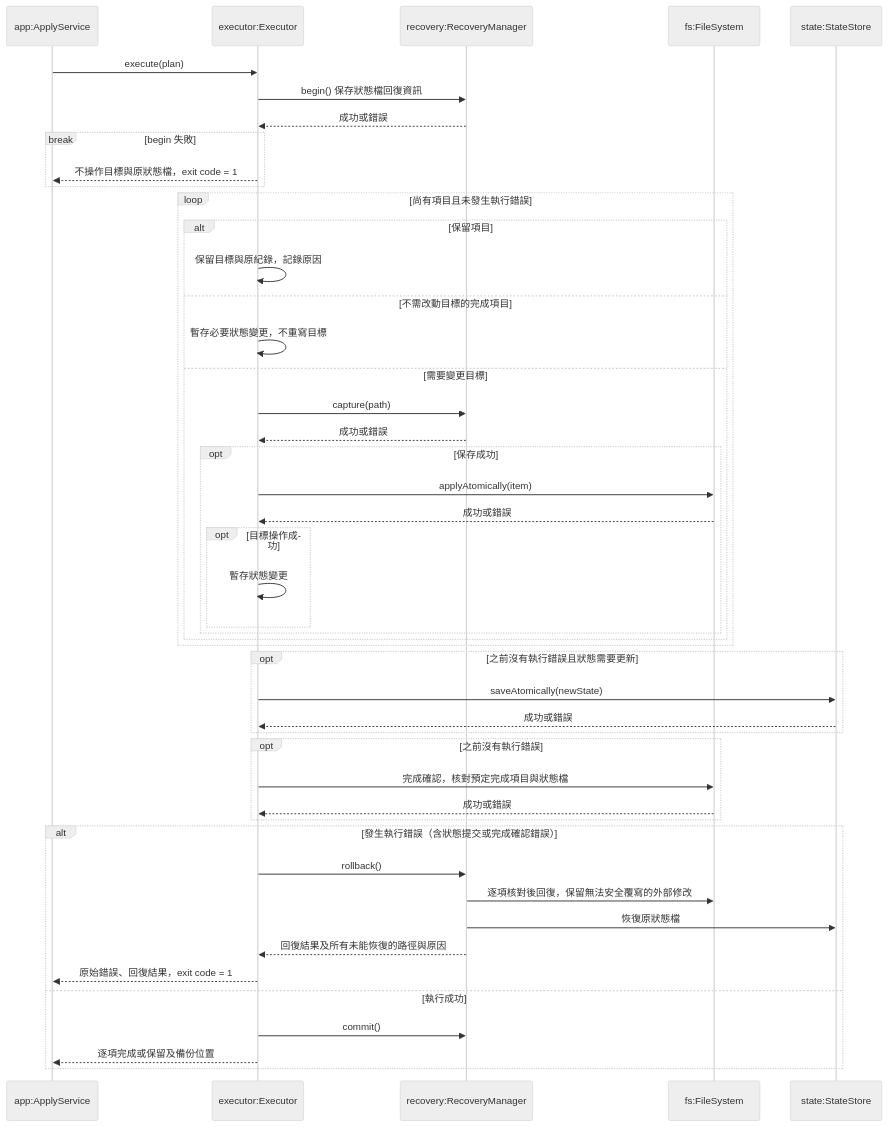
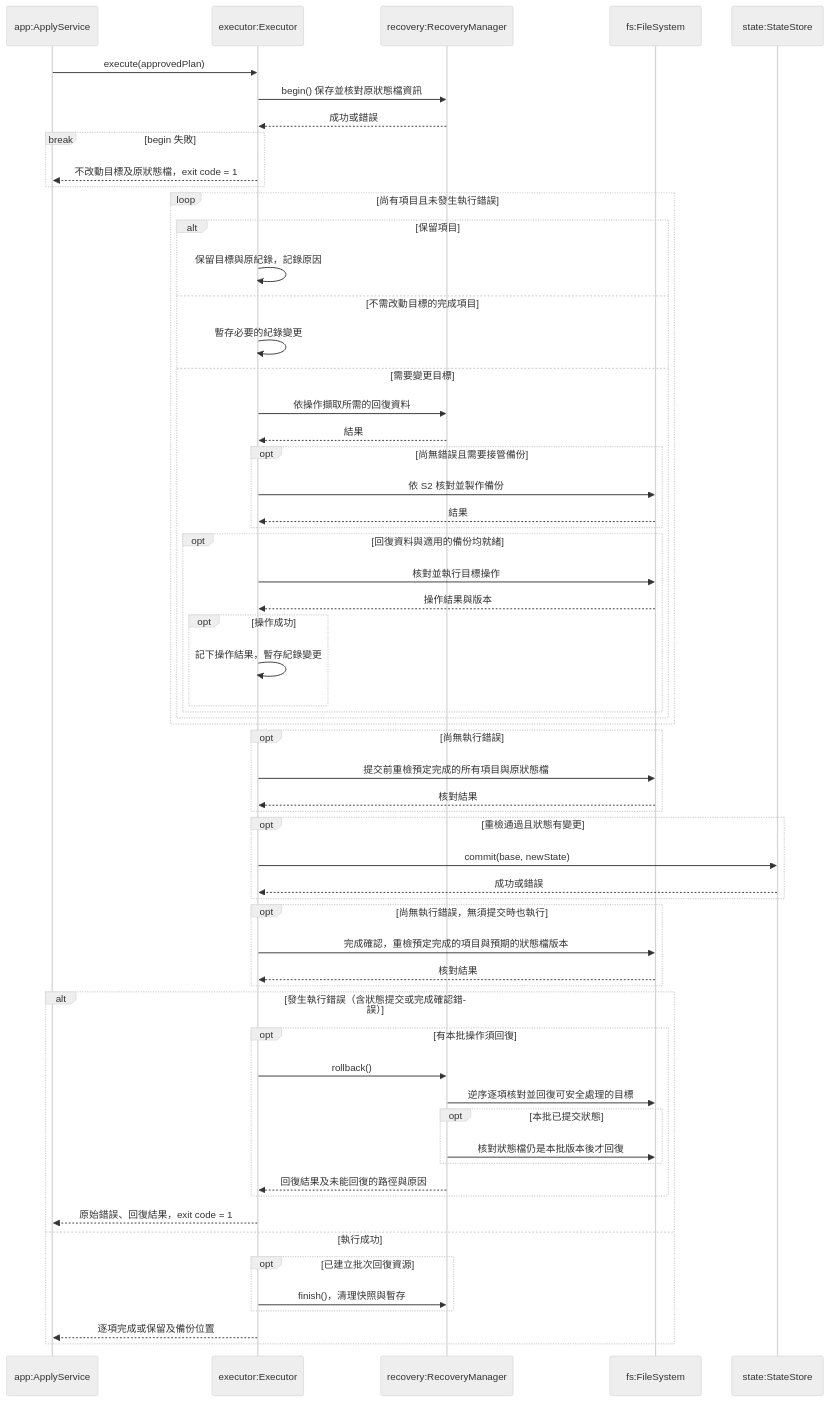
One commit to accidental-two-timer-sam-woof/rosamta-waterfall changed the ninth of 10 diagrams in docs/03-preliminary-design/uml.md. Above: the diagram before and after it, drawn with Mermaid (neutral theme). The commit also changed other lines of this file and 11 other files, not shown here.

````diff
--- a/docs/03-preliminary-design/uml.md
+++ b/docs/03-preliminary-design/uml.md
@@ -594,49 +630,63 @@
 ```mermaid
 sequenceDiagram
     participant A as app:ApplyService
     participant E as executor:Executor
     participant R as recovery:RecoveryManager
     participant F as fs:FileSystem
     participant S as state:StateStore
-    A->>E: execute(plan)
-    E->>R: begin() 保存狀態檔回復資訊
+    A->>E: execute(approvedPlan)
+    E->>R: begin() 保存並核對原狀態檔資訊
     R-->>E: 成功或錯誤
     break begin 失敗
-        E-->>A: 不操作目標與原狀態檔，exit code = 1
+        E-->>A: 不改動目標及原狀態檔，exit code = 1
     end
     loop 尚有項目且未發生執行錯誤
         alt 保留項目
             E->>E: 保留目標與原紀錄，記錄原因
         else 不需改動目標的完成項目
-            E->>E: 暫存必要狀態變更，不重寫目標
+            E->>E: 暫存必要的紀錄變更
         else 需要變更目標
-            E->>R: capture(path)
-            R-->>E: 成功或錯誤
-            opt 保存成功
-                E->>F: applyAtomically(item)
-                F-->>E: 成功或錯誤
-                opt 目標操作成功
-                    E->>E: 暫存狀態變更
+            E->>R: 依操作擷取所需的回復資料
+            R-->>E: 結果
+            opt 尚無錯誤且需要接管備份
+                E->>F: 依 S2 核對並製作備份
+                F-->>E: 結果
+            end
+            opt 回復資料與適用的備份均就緒
+                E->>F: 核對並執行目標操作
+                F-->>E: 操作結果與版本
+                opt 操作成功
+                    E->>E: 記下操作結果，暫存紀錄變更
                 end
             end
         end
     end
-    opt 之前沒有執行錯誤且狀態需要更新
-        E->>S: saveAtomically(newState)
+    opt 尚無執行錯誤
+        E->>F: 提交前重檢預定完成的所有項目與原狀態檔
+        F-->>E: 核對結果
+    end
+    opt 重檢通過且狀態有變更
+        E->>S: commit(base, newState)
         S-->>E: 成功或錯誤
     end
-    opt 之前沒有執行錯誤
-        E->>F: 完成確認，核對預定完成項目與狀態檔
-        F-->>E: 成功或錯誤
+    opt 尚無執行錯誤，無須提交時也執行
+        E->>F: 完成確認，重檢預定完成的項目與預期的狀態檔版本
+        F-->>E: 核對結果
     end
     alt 發生執行錯誤（含狀態提交或完成確認錯誤）
-        E->>R: rollback()
-        R->>F: 逐項核對後回復，保留無法安全覆寫的外部修改
-        R->>S: 恢復原狀態檔
-        R-->>E: 回復結果及所有未能恢復的路徑與原因
+        opt 有本批操作須回復
+            E->>R: rollback()
+            R->>F: 逆序逐項核對並回復可安全處理的目標
+            opt 本批已提交狀態
+                R->>F: 核對狀態檔仍是本批版本後才回復
+            end
+            R-->>E: 回復結果及未能回復的路徑與原因
+        end
         E-->>A: 原始錯誤、回復結果，exit code = 1
     else 執行成功
-        E->>R: commit()
+        opt 已建立批次回復資源
+            E->>R: finish()，清理快照與暫存
+        end
         E-->>A: 逐項完成或保留及備份位置
     end
 ```
````
